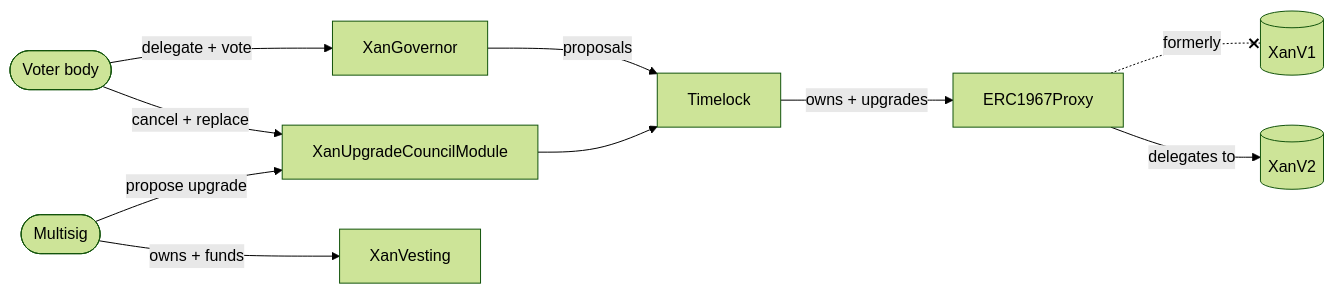
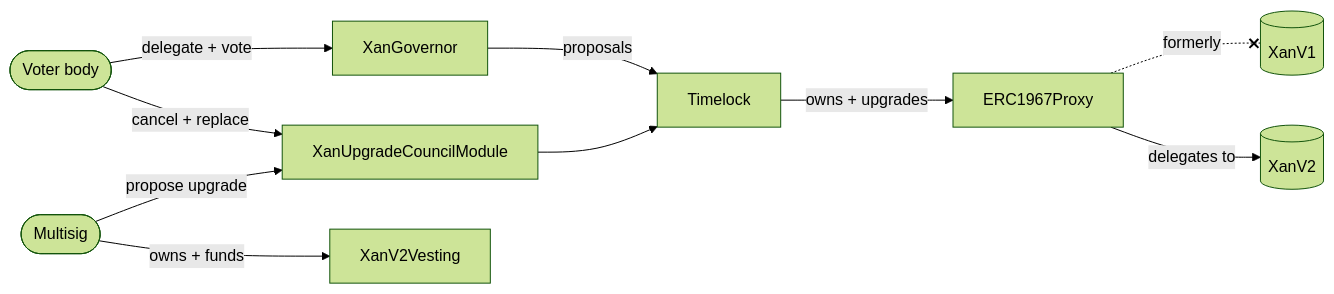
Before and after one commit to anoma/token: the diagram in CONTEXT.md, drawn with Mermaid (forest theme). The commit also changed other lines of this file and 30 other files, not shown here.

First line of the commit message:
feat: rename XanVesting to XanV2Vesting and make it UUPS upgradeable

````diff
--- a/CONTEXT.md
+++ b/CONTEXT.md
@@ -9,23 +9,23 @@
 ```mermaid
 flowchart LR
     voters([Voter body])
     gov[XanGovernor]
     multisig([Multisig])
     module[XanUpgradeCouncilModule]
     timelock[Timelock]
     proxy[ERC1967Proxy]
     tokenV1[(XanV1)]
     token[(XanV2)]
-    vesting[XanVesting]
+    vesting[XanV2Vesting]
 
     voters -->|delegate + vote| gov
     gov -->|proposals| timelock
     multisig -->|propose upgrade| module
     module --> timelock
     timelock -->|owns + upgrades| proxy
     proxy -. formerly .-x tokenV1
     proxy -->|delegates to| token
 
     voters -->|cancel + replace| module
     multisig -->|owns + funds| vesting
 ```
````
